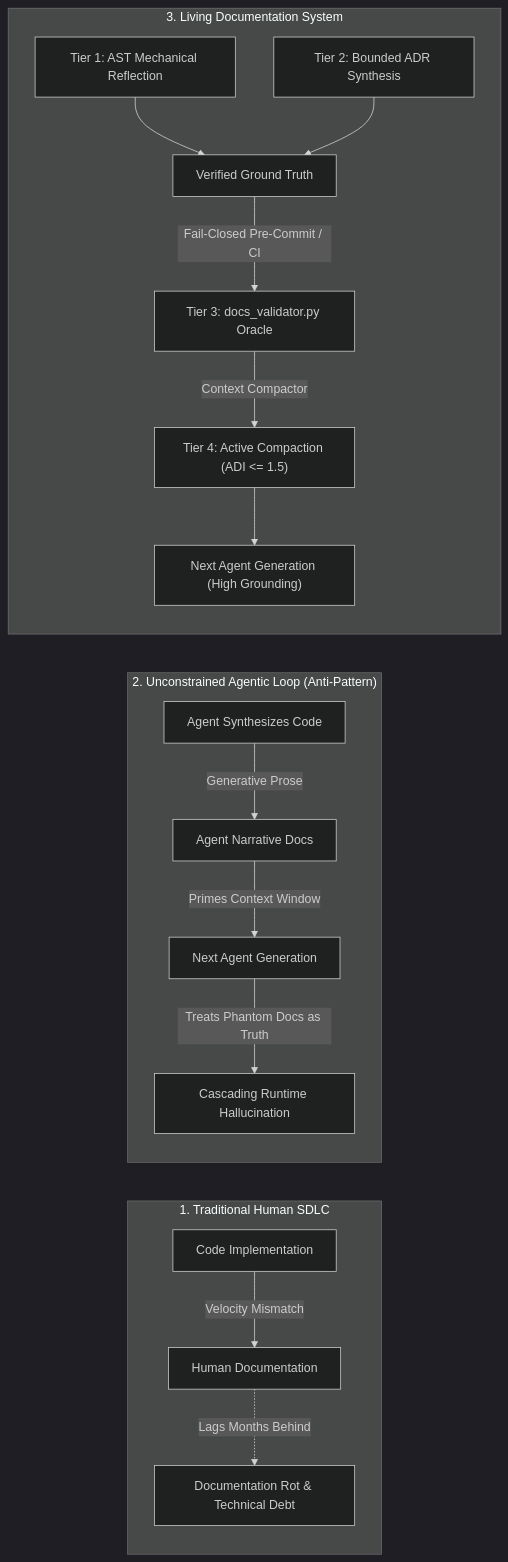
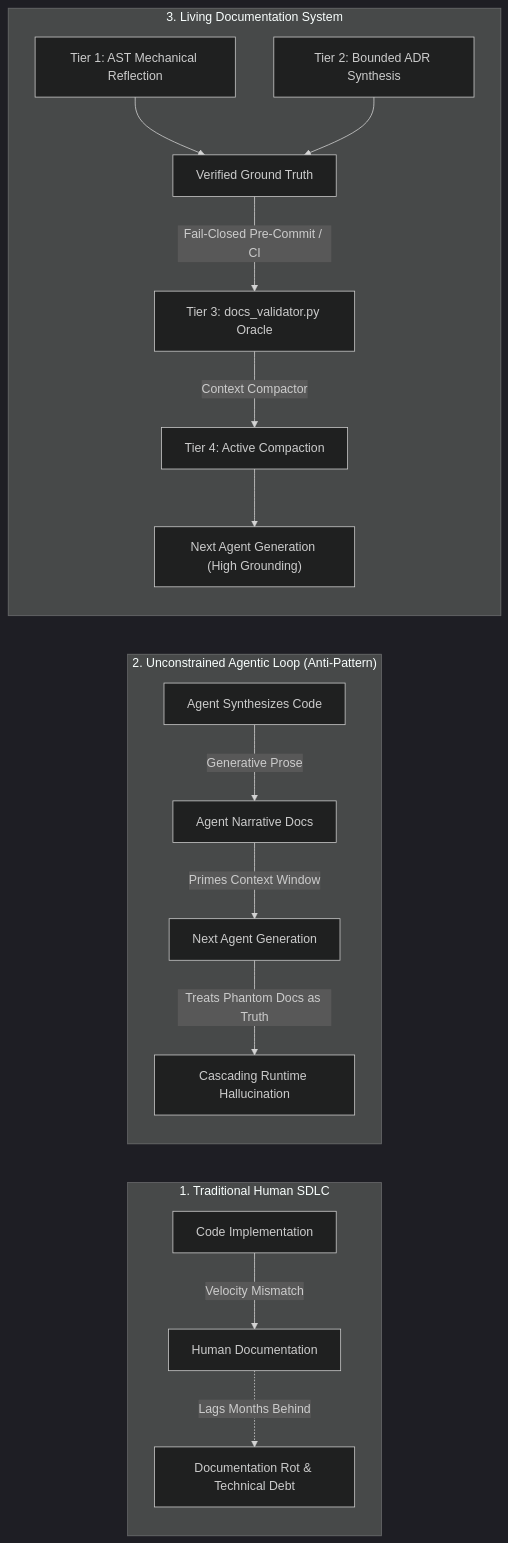
The first of 2 diagrams in observations/systems/27-agentic-project-self-documentation-and-the-phantom-architecture-trap.md (dan-petty/vibes), drawn with Mermaid (dark theme) before and after one commit. The commit also changed other lines of this file and 248 other files, not shown here.

````diff
--- a/observations/systems/27-agentic-project-self-documentation-and-the-phantom-architecture-trap.md
+++ b/observations/systems/27-agentic-project-self-documentation-and-the-phantom-architecture-trap.md
@@ -26,24 +26,24 @@
 ```mermaid
 flowchart LR
     subgraph HumanSDLC ["1. Traditional Human SDLC"]
         direction TB
         HCode["Code Implementation"] -->|"Velocity Mismatch"| HDocs["Human Documentation"]
         HDocs -.->|"Lags Months Behind"| HRot["Documentation Rot & Technical Debt"]
     end
 
     subgraph AgenticLoop ["2. Unconstrained Agentic Loop (Anti-Pattern)"]
         direction TB
         ACode["Agent Synthesizes Code"] -->|"Generative Prose"| ADocs["Agent Narrative Docs"]
         ADocs -->|"Primes Context Window"| ANext["Next Agent Generation"]
         ANext -->|"Treats Phantom Docs as Truth"| AReg["Cascading Runtime Hallucination"]
     end
 
     subgraph LivingArchitecture ["3. Living Documentation System"]
         direction TB
         T1["Tier 1: AST Mechanical Reflection"] --> VerifiedDocs["Verified Ground Truth"]
         T2["Tier 2: Bounded ADR Synthesis"] --> VerifiedDocs
         VerifiedDocs -->|"Fail-Closed Pre-Commit / CI"| T3["Tier 3: docs_validator.py Oracle"]
-        T3 -->|"Context Compactor"| T4["Tier 4: Active Compaction (ADI <= 1.5)"]
+        T3 -->|"Context Compactor"| T4["Tier 4: Active Compaction"]
         T4 --> NextAgent["Next Agent Generation (High Grounding)"]
     end
 ```
````
